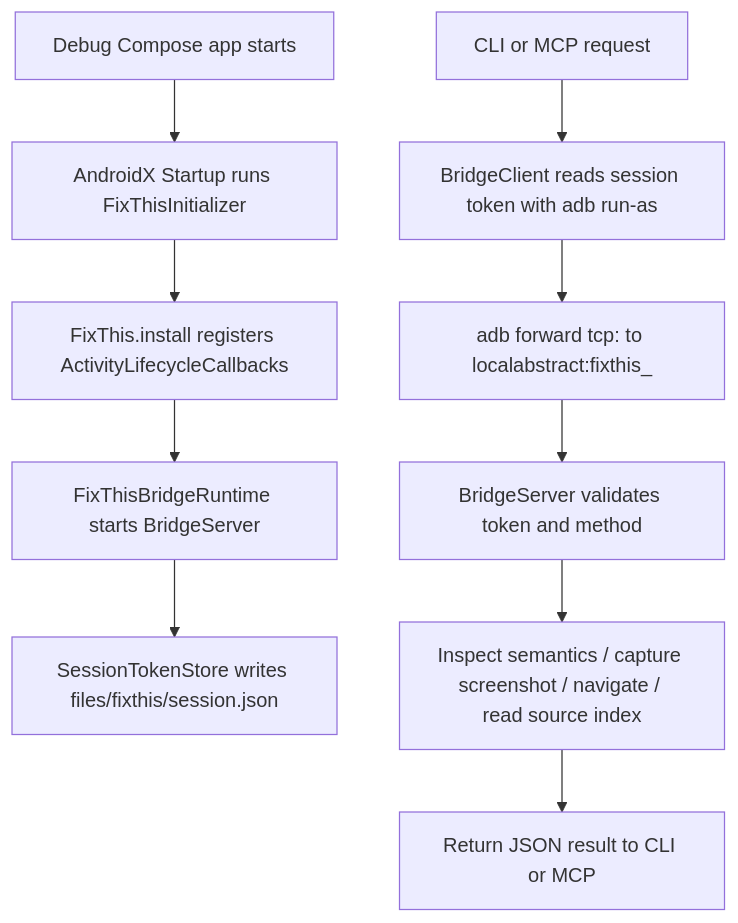
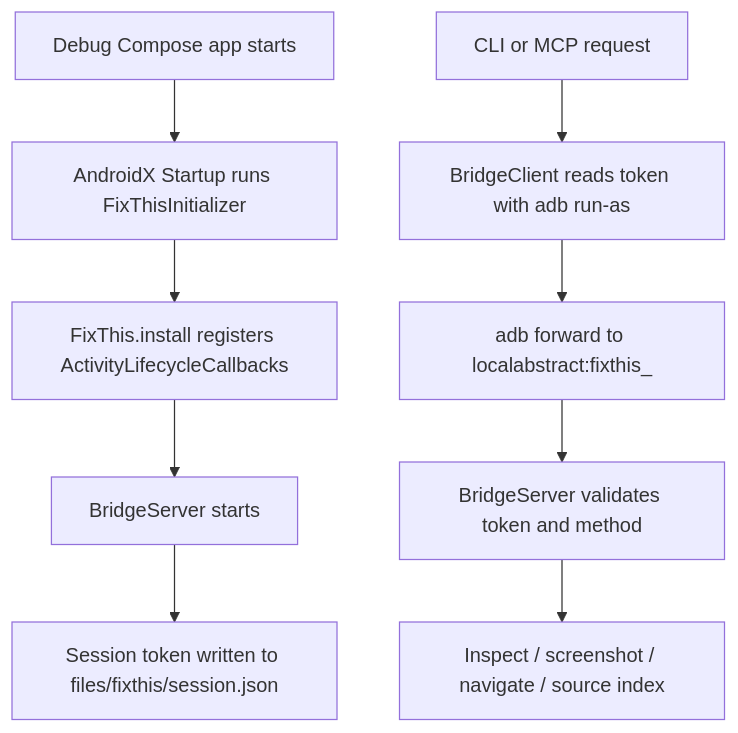
Before and after one commit to beyondwin/FixThis: the first of 2 diagrams in docs/architecture/overview.md, drawn with Mermaid. The commit also changed other lines of this file and 31 other files, not shown here.

````diff
--- a/docs/architecture/overview.md
+++ b/docs/architecture/overview.md
@@ -250,12 +122,11 @@
 ```mermaid
 flowchart TD
     A["Debug Compose app starts"] --> B["AndroidX Startup runs FixThisInitializer"]
     B --> C["FixThis.install registers ActivityLifecycleCallbacks"]
-    C --> D["FixThisBridgeRuntime starts BridgeServer"]
-    D --> E["SessionTokenStore writes files/fixthis/session.json"]
-    F["CLI or MCP request"] --> G["BridgeClient reads session token with adb run-as"]
-    G --> H["adb forward tcp:<port> to localabstract:fixthis_<package>"]
+    C --> D["BridgeServer starts"]
+    D --> E["Session token written to files/fixthis/session.json"]
+    F["CLI or MCP request"] --> G["BridgeClient reads token with adb run-as"]
+    G --> H["adb forward to localabstract:fixthis_<package>"]
     H --> I["BridgeServer validates token and method"]
-    I --> J["Inspect semantics / capture screenshot / navigate / read source index"]
-    J --> K["Return JSON result to CLI or MCP"]
+    I --> J["Inspect / screenshot / navigate / source index"]
 ```
````
